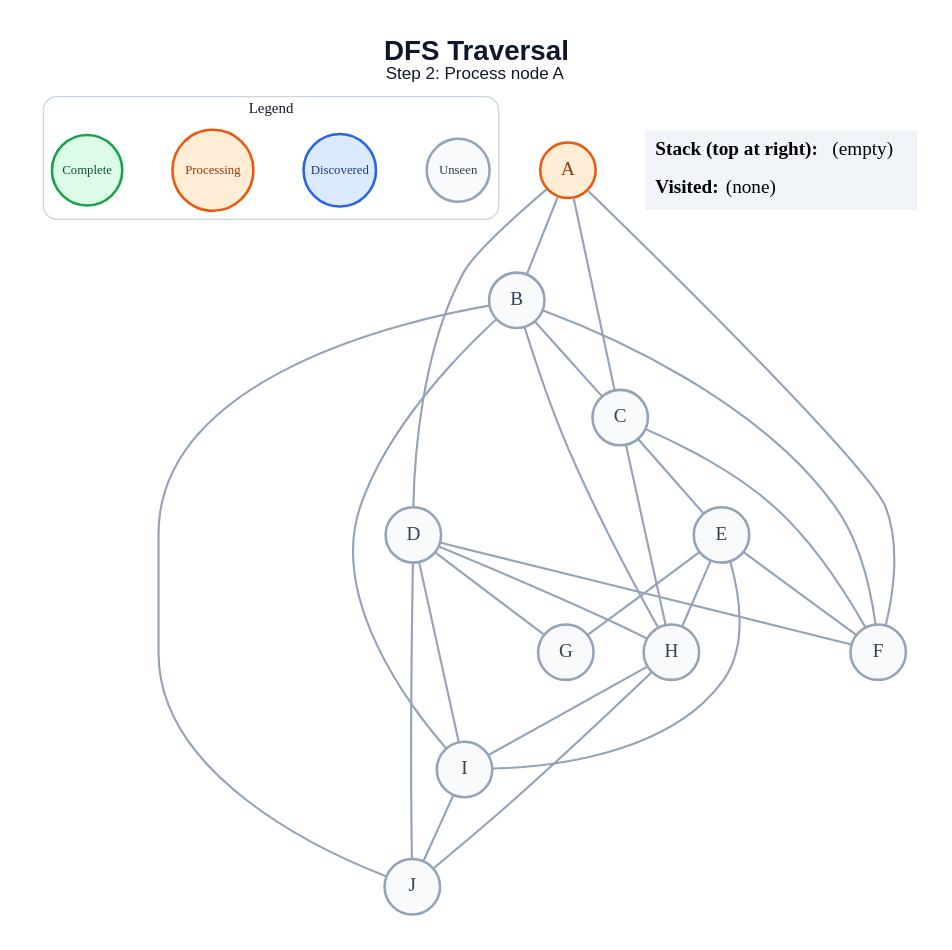
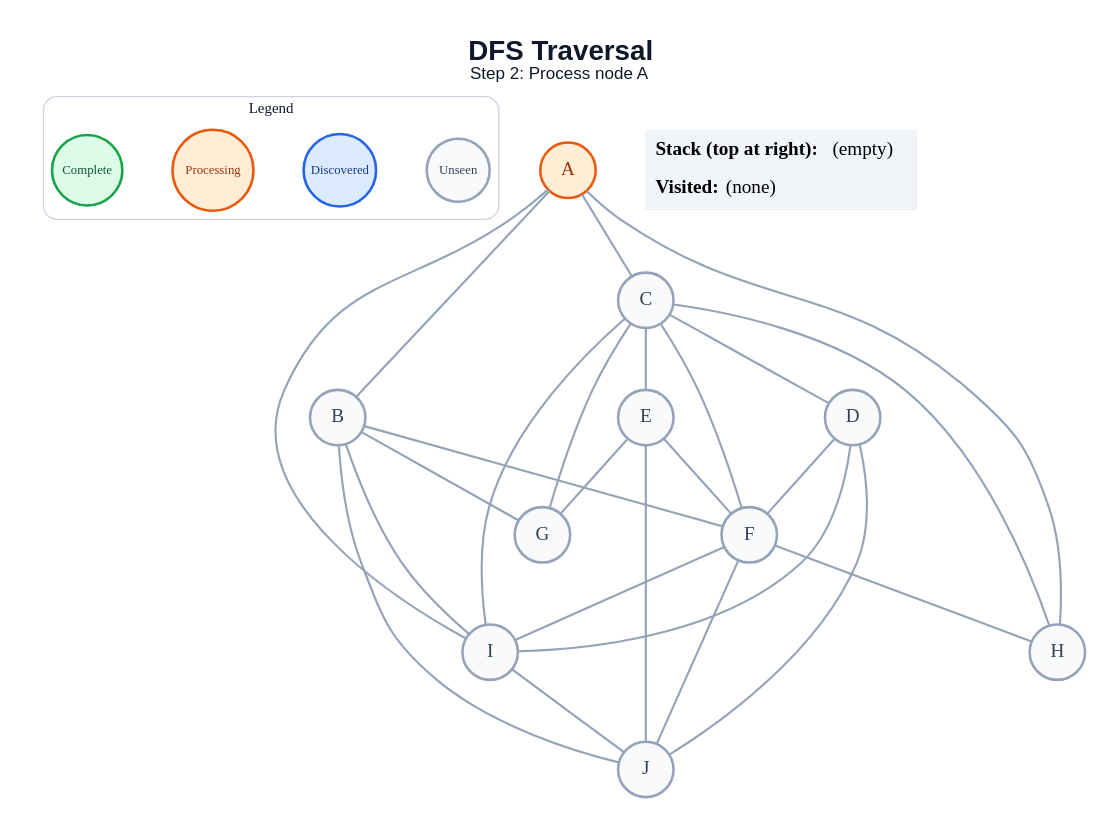
One commit to amanghodawala9/ai-slop changed the diagram in generated/dfs/step_02.dot. Above: the diagram before and after it, drawn with Graphviz. The commit also changed 178 other files, not shown here.

```diff
--- a/generated/dfs/step_02.dot
+++ b/generated/dfs/step_02.dot
@@ -1,53 +1,53 @@
 graph traversal {
   graph [layout=dot, rankdir=TB, bgcolor="#FFFFFF", pad="0.35", nodesep="0.65", ranksep="0.8", fontname="Arial"];
   node [shape=circle, style="filled", fontname="Arial Bold", fontsize=18, width=0.72, fixedsize=true, penwidth=2.4];
   edge [color="#94A3B8", penwidth=2.0];
   label=<<B>DFS Traversal</B><BR/><FONT POINT-SIZE="16">Step 2: Process node A</FONT>>; labelloc="t"; fontsize=26; fontname="Arial"; fontcolor="#0F172A";
   subgraph cluster_legend { label="Legend"; color="#CBD5E1"; penwidth=1.2; style="rounded"; fontsize=14; fontname="Arial Bold";
     key_unseen [label="Unseen", fillcolor="#F8FAFC", color="#94A3B8", fontcolor="#334155", fontsize=12, width=0.82];
     key_frontier [label="Discovered", fillcolor="#DBEAFE", color="#2563EB", fontcolor="#1E3A8A", fontsize=12, width=0.95];
     key_current [label="Processing", fillcolor="#FFEDD5", color="#EA580C", fontcolor="#9A3412", fontsize=12, width=1.05];
     key_done [label="Complete", fillcolor="#DCFCE7", color="#16A34A", fontcolor="#14532D", fontsize=12, width=0.92];
     { rank=same; key_unseen; key_frontier; key_current; key_done; }
   }
   A [fillcolor="#FFEDD5", color="#EA580C", fontcolor="#9A3412"];
   B [fillcolor="#F8FAFC", color="#94A3B8", fontcolor="#334155"];
   C [fillcolor="#F8FAFC", color="#94A3B8", fontcolor="#334155"];
   D [fillcolor="#F8FAFC", color="#94A3B8", fontcolor="#334155"];
   E [fillcolor="#F8FAFC", color="#94A3B8", fontcolor="#334155"];
   F [fillcolor="#F8FAFC", color="#94A3B8", fontcolor="#334155"];
   G [fillcolor="#F8FAFC", color="#94A3B8", fontcolor="#334155"];
   H [fillcolor="#F8FAFC", color="#94A3B8", fontcolor="#334155"];
   I [fillcolor="#F8FAFC", color="#94A3B8", fontcolor="#334155"];
   J [fillcolor="#F8FAFC", color="#94A3B8", fontcolor="#334155"];
   A -- B;
   A -- C;
-  A -- D;
-  A -- F;
-  B -- C;
+  A -- H;
+  A -- I;
   B -- F;
-  B -- H;
+  B -- G;
   B -- I;
   B -- J;
+  C -- D;
   C -- E;
   C -- F;
+  C -- G;
   C -- H;
+  C -- I;
   D -- F;
-  D -- G;
-  D -- H;
   D -- I;
   D -- J;
   E -- F;
   E -- G;
-  E -- H;
-  E -- I;
-  H -- I;
-  H -- J;
+  E -- J;
+  F -- H;
+  F -- I;
+  F -- J;
   I -- J;
   status [shape=plain, fixedsize=false, width=0, height=0, margin=0, label=<
     <TABLE BORDER="0" CELLBORDER="0" CELLPADDING="7" BGCOLOR="#F1F5F9">
       <TR><TD ALIGN="LEFT"><B>Stack (top at right):</B> (empty)</TD></TR>
       <TR><TD ALIGN="LEFT"><B>Visited:</B> (none)</TD></TR>
     </TABLE>
   >];
 }
```
